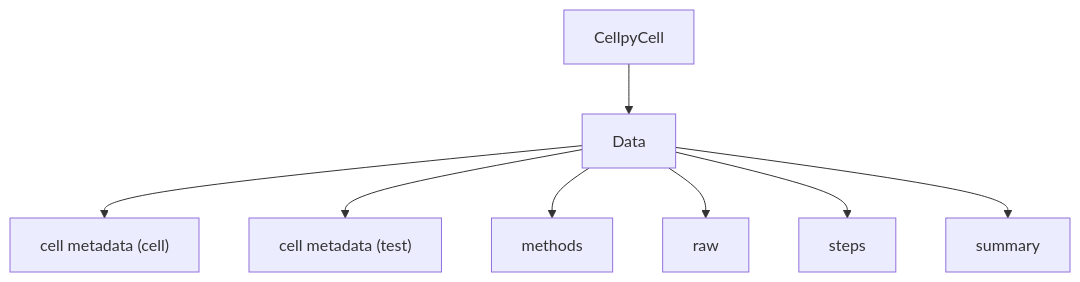
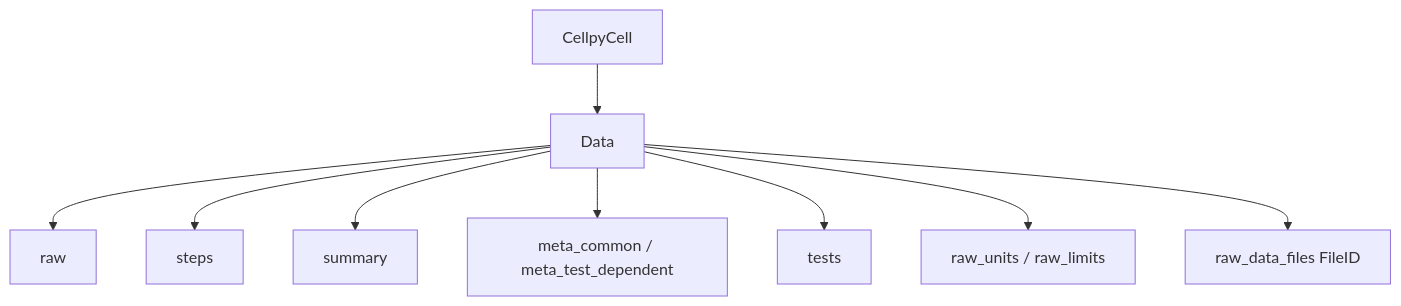
Before and after one commit to jepegit/cellpy: the second of 2 diagrams in docs/fundamentals/data_structure.md, drawn with Mermaid. The commit also changed other lines of this file and 3 other files, not shown here.

````diff
--- a/docs/fundamentals/data_structure.md
+++ b/docs/fundamentals/data_structure.md
@@ -51,10 +62,11 @@
 ```mermaid
 flowchart TD
     n0[CellpyCell] --> n1[Data]
-    n1[Data] --> n2["cell metadata (cell)"]
-    n1[Data] --> n3["cell metadata (test)"]
-    n1[Data] --> n4[methods]
-    n1[Data] --> n5[raw]
-    n1[Data] --> n6[steps]
-    n1[Data] --> n7[summary]
+    n1[Data] --> n2[raw]
+    n1[Data] --> n3[steps]
+    n1[Data] --> n4[summary]
+    n1[Data] --> n5[meta_common / meta_test_dependent]
+    n1[Data] --> n6[tests]
+    n1[Data] --> n7[raw_units / raw_limits]
+    n1[Data] --> n8[raw_data_files FileID]
 ```
````
